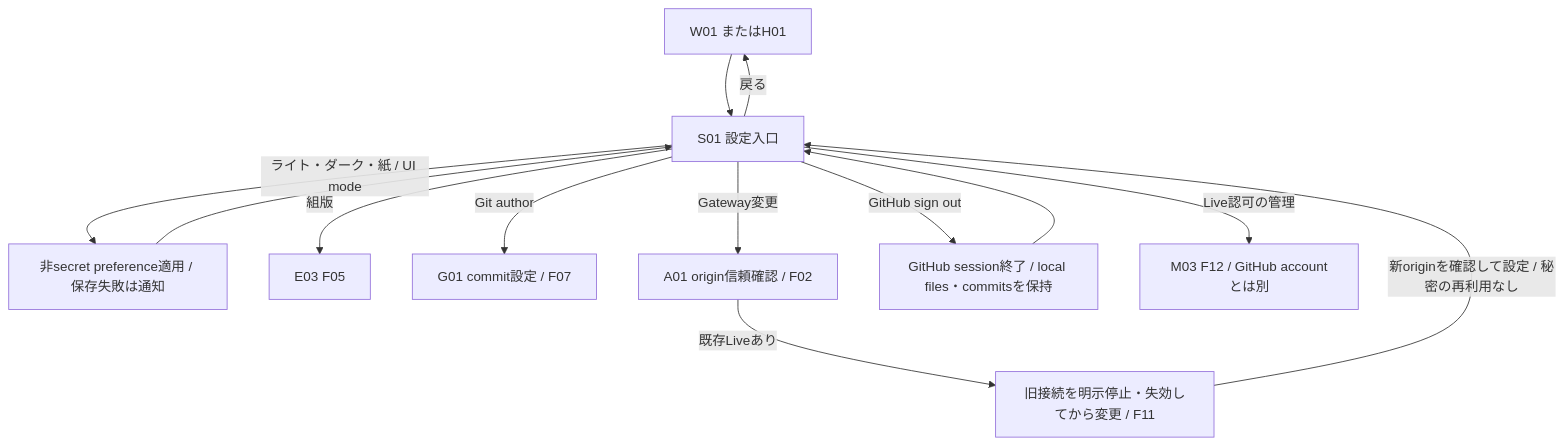
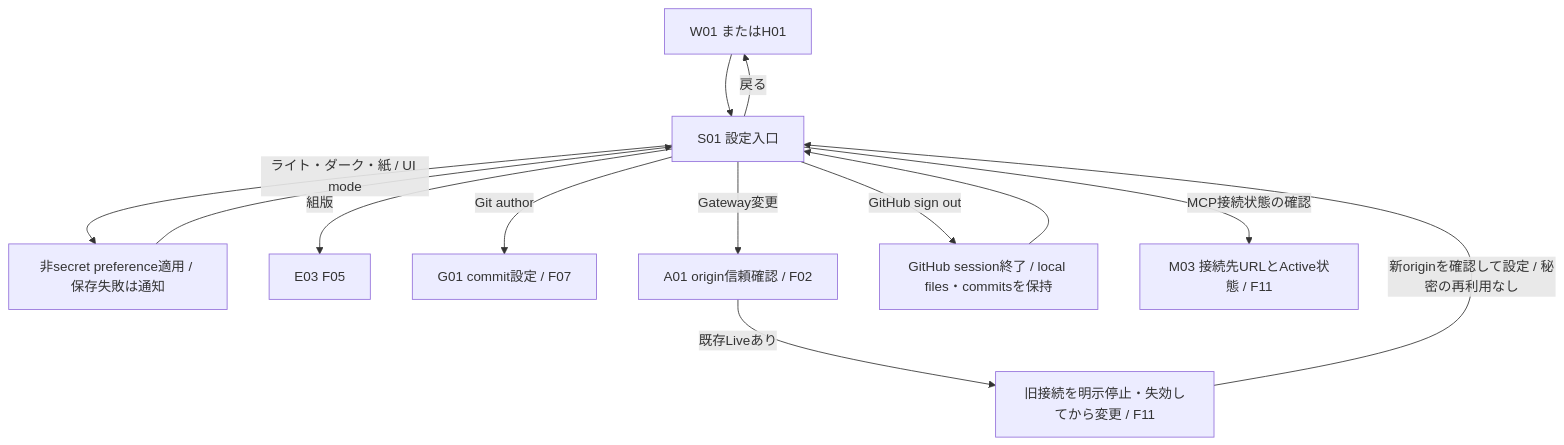
Diagram 16 of 18 in docs/architecture/USER-FLOWS.md (yohn-jp/proprium), drawn with Mermaid before and after one commit. The commit also changed other lines of this file and 19 other files, not shown here.

````diff
--- a/docs/architecture/USER-FLOWS.md
+++ b/docs/architecture/USER-FLOWS.md
@@ -334,15 +329,15 @@
 ```mermaid
 flowchart TD
   W01["W01 またはH01"] --> S01["S01 設定入口"]
   S01 -->|ライト・ダーク・紙 / UI mode| Appearance["非secret preference適用 / 保存失敗は通知"]
   Appearance --> S01
   S01 -->|組版| E03["E03 F05"]
   S01 -->|Git author| G01["G01 commit設定 / F07"]
   S01 -->|Gateway変更| A01["A01 origin信頼確認 / F02"]
   A01 -->|既存Liveあり| Stop["旧接続を明示停止・失効してから変更 / F11"]
   Stop -->|新originを確認して設定 / 秘密の再利用なし| S01
   S01 -->|GitHub sign out| Signout["GitHub session終了 / local files・commitsを保持"]
   Signout --> S01
-  S01 -->|Live認可の管理| M03["M03 F12 / GitHub accountとは別"]
+  S01 -->|MCP接続状態の確認| M03["M03 接続先URLとActive状態 / F11"]
   S01 -->|戻る| W01
 ```
````
